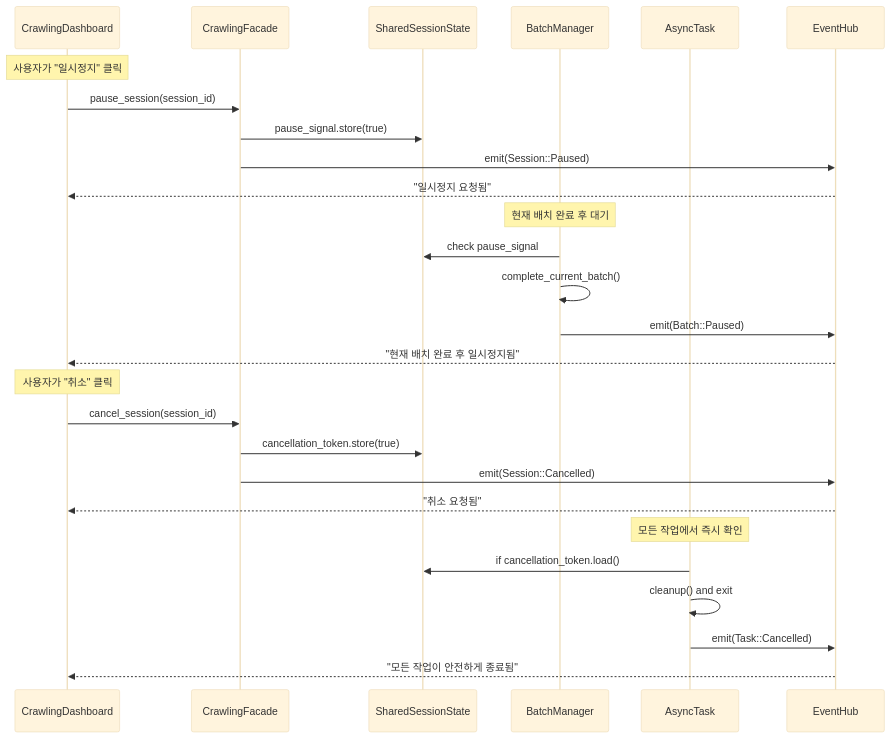
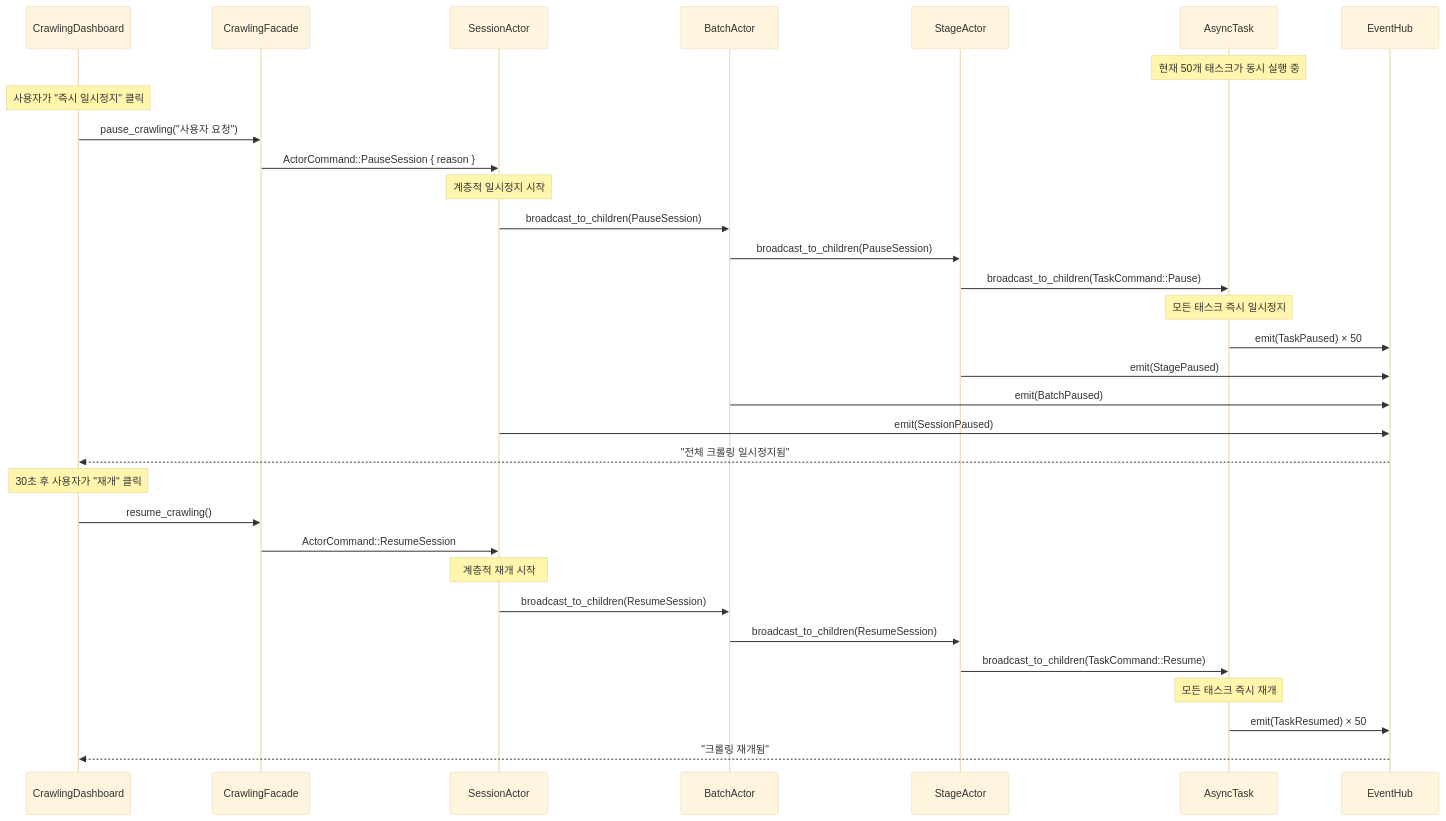
Before and after one commit to Chanseok/rMatterCertis: the fifth of 8 diagrams in guide/re-arch-plan2.md, drawn with Mermaid (base theme). The commit also changed other lines of this file and 32 other files, not shown here.

````diff
--- a/guide/re-arch-plan2.md
+++ b/guide/re-arch-plan2.md
@@ -834,32 +1623,42 @@
 ```mermaid
 sequenceDiagram
     participant UI as CrawlingDashboard
     participant Facade as CrawlingFacade
-    participant State as SharedSessionState
-    participant BatchManager as BatchManager
-    participant Task as AsyncTask
+    participant SessionActor as SessionActor
+    participant BatchActor as BatchActor
+    participant StageActor as StageActor
+    participant AsyncTask as AsyncTask
+    participant EventHub as EventHub
 
-    Note over UI: 사용자가 "일시정지" 클릭
-    UI->>Facade: pause_session(session_id)
-    Facade->>State: pause_signal.store(true)
-    Facade->>EventHub: emit(Session::Paused)
-    EventHub-->>UI: "일시정지 요청됨"
+    Note over AsyncTask: 현재 50개 태스크가 동시 실행 중
+    Note over UI: 사용자가 "즉시 일시정지" 클릭
 
-    Note over BatchManager: 현재 배치 완료 후 대기
-    BatchManager->>State: check pause_signal
-    BatchManager->>BatchManager: complete_current_batch()
-    BatchManager->>EventHub: emit(Batch::Paused)
-    EventHub-->>UI: "현재 배치 완료 후 일시정지됨"
-
-    Note over UI: 사용자가 "취소" 클릭  
-    UI->>Facade: cancel_session(session_id)
-    Facade->>State: cancellation_token.store(true)
-    Facade->>EventHub: emit(Session::Cancelled)
-    EventHub-->>UI: "취소 요청됨"
-
-    Note over Task: 모든 작업에서 즉시 확인
-    Task->>State: if cancellation_token.load()
-    Task->>Task: cleanup() and exit
-    Task->>EventHub: emit(Task::Cancelled)
-    EventHub-->>UI: "모든 작업이 안전하게 종료됨"
+    UI->>Facade: pause_crawling("사용자 요청")
+    Facade->>SessionActor: ActorCommand::PauseSession { reason }
+    
+    Note over SessionActor: 계층적 일시정지 시작
+    SessionActor->>BatchActor: broadcast_to_children(PauseSession)
+    BatchActor->>StageActor: broadcast_to_children(PauseSession)
+    StageActor->>AsyncTask: broadcast_to_children(TaskCommand::Pause)
+    
+    Note over AsyncTask: 모든 태스크 즉시 일시정지
+    AsyncTask->>EventHub: emit(TaskPaused) × 50
+    StageActor->>EventHub: emit(StagePaused)
+    BatchActor->>EventHub: emit(BatchPaused)
+    SessionActor->>EventHub: emit(SessionPaused)
+    
+    EventHub-->>UI: "전체 크롤링 일시정지됨"
+    
+    Note over UI: 30초 후 사용자가 "재개" 클릭
+    UI->>Facade: resume_crawling()
+    Facade->>SessionActor: ActorCommand::ResumeSession
+    
+    Note over SessionActor: 계층적 재개 시작
+    SessionActor->>BatchActor: broadcast_to_children(ResumeSession)
+    BatchActor->>StageActor: broadcast_to_children(ResumeSession)
+    StageActor->>AsyncTask: broadcast_to_children(TaskCommand::Resume)
+    
+    Note over AsyncTask: 모든 태스크 즉시 재개
+    AsyncTask->>EventHub: emit(TaskResumed) × 50
+    EventHub-->>UI: "크롤링 재개됨"
 ```
````
